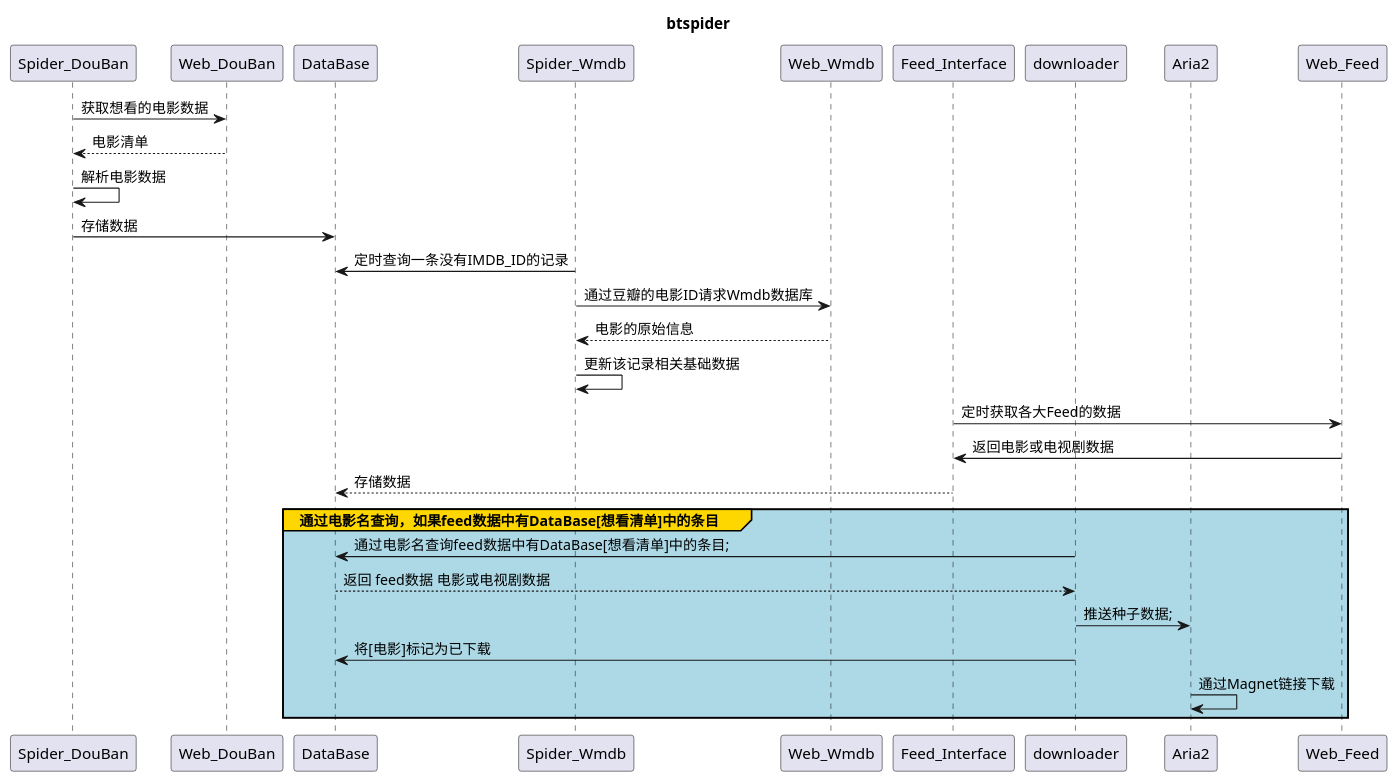
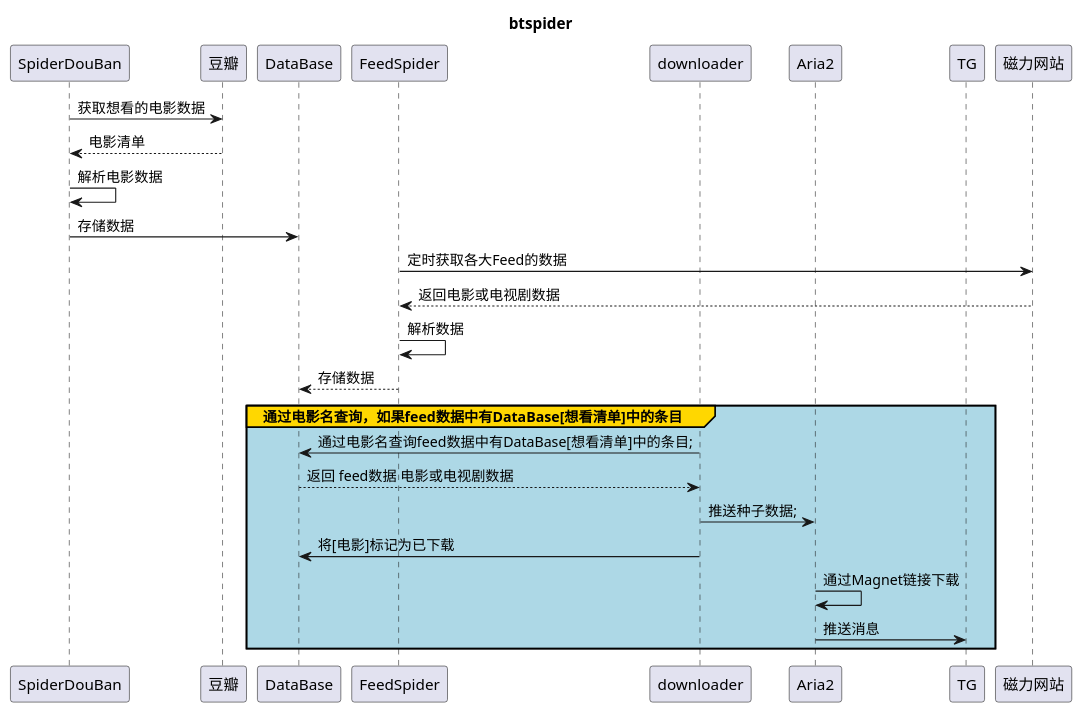
One commit to YouCD/movieSpider changed the diagram in doc/时序图.puml. Above: the diagram before and after it, drawn with PlantUML. The commit also changed 11 other files, not shown here.

```diff
--- a/doc/时序图.puml
+++ b/doc/时序图.puml
@@ -1,37 +1,37 @@
 @startuml
 title btspider
 
-participant Spider_DouBan
-participant Web_DouBan
+participant SpiderDouBan
+participant 豆瓣
 participant DataBase
-participant Spider_Wmdb
-participant Web_Wmdb
-participant Feed_Interface
+
+participant FeedSpider
 participant downloader
 participant Aria2
+participant TG
 
-Spider_DouBan -> Web_DouBan: 获取想看的电影数据
-Web_DouBan --> Spider_DouBan: 电影清单
-Spider_DouBan -> Spider_DouBan: 解析电影数据
-Spider_DouBan -> DataBase: 存储数据
-Spider_Wmdb -> DataBase: 定时查询一条没有IMDB_ID的记录
-Spider_Wmdb -> Web_Wmdb: 通过豆瓣的电影ID请求Wmdb数据库
-Web_Wmdb --> Spider_Wmdb: 电影的原始信息
-Spider_Wmdb -> Spider_Wmdb: 更新该记录相关基础数据
-Feed_Interface -> Web_Feed: 定时获取各大Feed的数据
-Web_Feed -> Feed_Interface: 返回电影或电视剧数据
-Feed_Interface --> DataBase: 存储数据
+SpiderDouBan -> 豆瓣: 获取想看的电影数据
+豆瓣 --> SpiderDouBan: 电影清单
+SpiderDouBan -> SpiderDouBan: 解析电影数据
+SpiderDouBan -> DataBase: 存储数据
+
+FeedSpider -> 磁力网站: 定时获取各大Feed的数据
+磁力网站 --> FeedSpider: 返回电影或电视剧数据
+FeedSpider -> FeedSpider: 解析数据
+
+FeedSpider --> DataBase: 存储数据
 group#Gold #LightBlue 通过电影名查询，如果feed数据中有DataBase[想看清单]中的条目
     downloader -> DataBase: 通过电影名查询feed数据中有DataBase[想看清单]中的条目;
     DataBase-->downloader: 返回 feed数据 电影或电视剧数据
     downloader -> Aria2: 推送种子数据;
     downloader -> DataBase: 将[电影]标记为已下载
     Aria2 -> Aria2: 通过Magnet链接下载
+    Aria2 -> TG: 推送消息
 end
 
 
 
 
 
 
 @enduml
```
